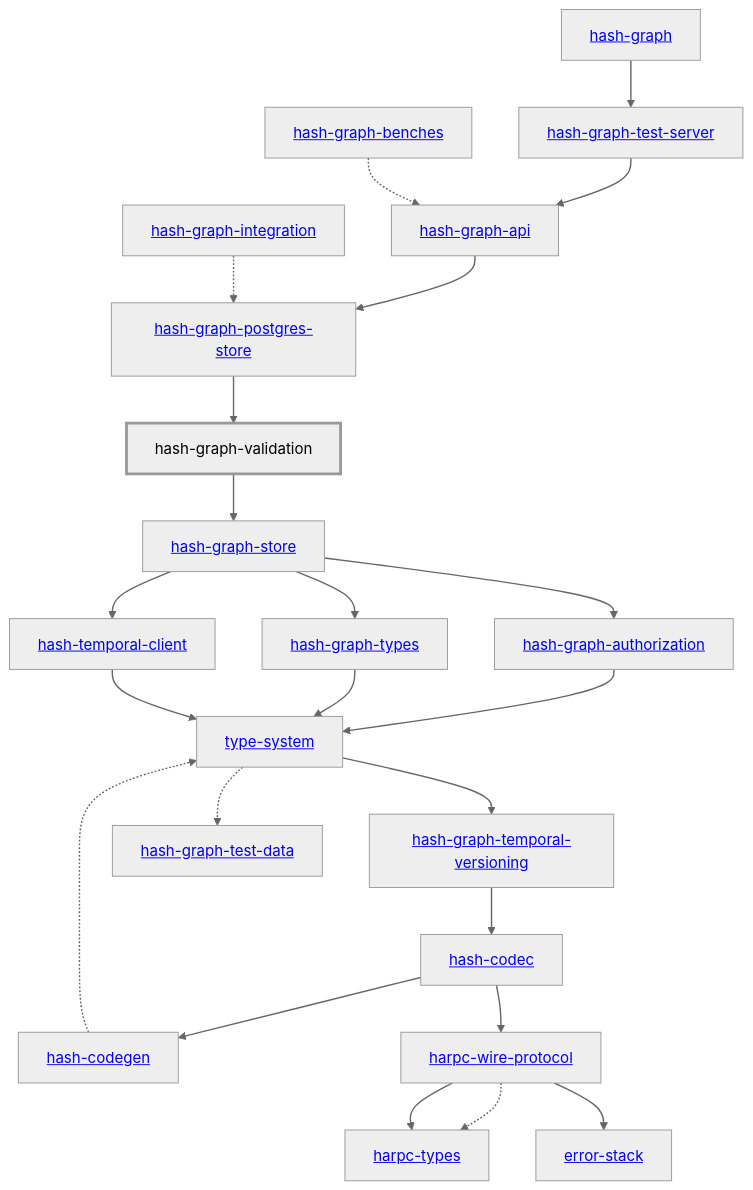
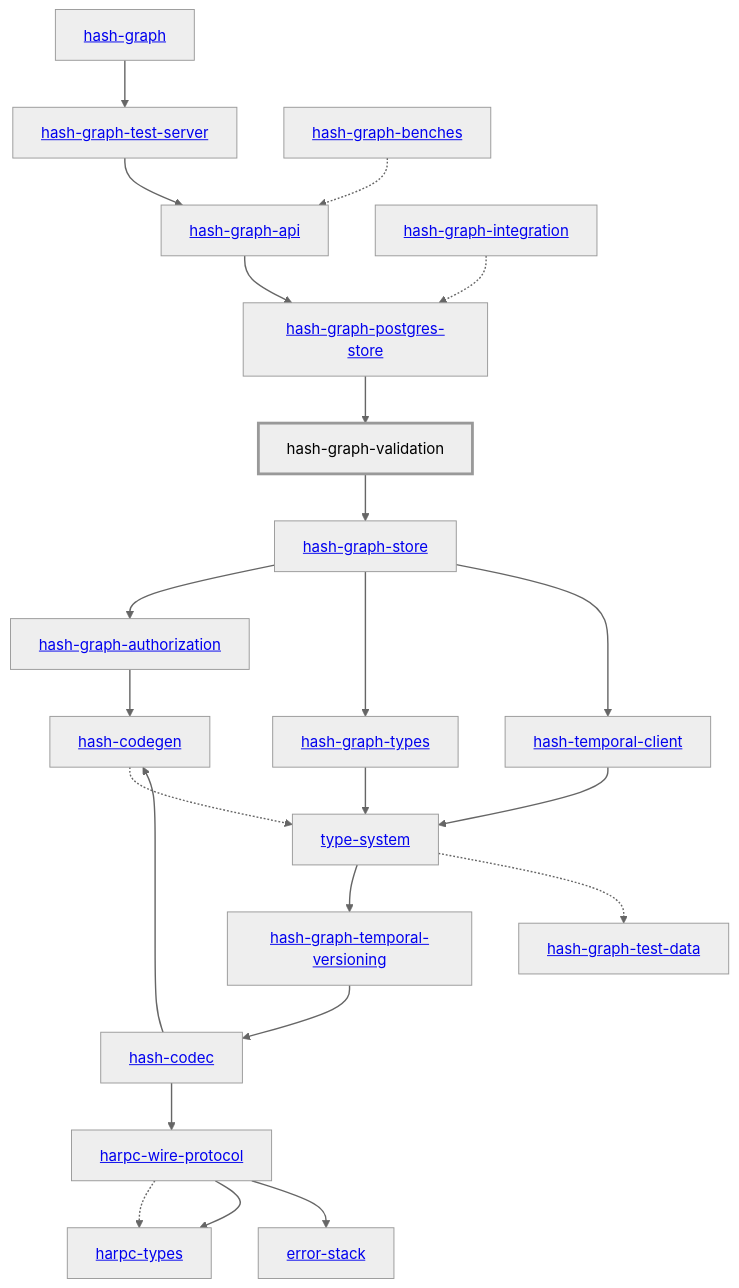
Before and after one commit to hashintel/hash: the diagram in libs/@local/graph/validation/docs/dependency-diagram.mmd, drawn with Mermaid (neutral theme). The commit also changed 69 other files, not shown here.

```diff
--- a/libs/@local/graph/validation/docs/dependency-diagram.mmd
+++ b/libs/@local/graph/validation/docs/dependency-diagram.mmd
@@ -1,52 +1,52 @@
 graph TD
     linkStyle default stroke-width:1.5px
     classDef default stroke-width:1px
     classDef root stroke-width:3px
     classDef dev stroke-width:1px
     classDef build stroke-width:1px
     %% Legend
     %% --> : Normal dependency
     %% -.-> : Dev dependency
     %% ---> : Build dependency
     0[<a href="../hash_graph">hash-graph</a>]
     1[<a href="../type_system">type-system</a>]
     2[<a href="../hash_codec">hash-codec</a>]
     3[<a href="../hash_codegen">hash-codegen</a>]
     4[<a href="../hash_graph_api">hash-graph-api</a>]
     5[<a href="../hash_graph_authorization">hash-graph-authorization</a>]
     6[<a href="../hash_graph_postgres_store">hash-graph-postgres-store</a>]
     7[<a href="../hash_graph_store">hash-graph-store</a>]
     8[<a href="../hash_graph_temporal_versioning">hash-graph-temporal-versioning</a>]
     9[<a href="../hash_graph_test_server">hash-graph-test-server</a>]
     10[<a href="../hash_graph_types">hash-graph-types</a>]
     11[hash-graph-validation]
     class 11 root
     12[<a href="../harpc_types">harpc-types</a>]
     13[<a href="../harpc_wire_protocol">harpc-wire-protocol</a>]
     14[<a href="../hash_temporal_client">hash-temporal-client</a>]
     15[<a href="../error_stack">error-stack</a>]
     16[<a href="../hash_graph_benches">hash-graph-benches</a>]
     17[<a href="../hash_graph_integration">hash-graph-integration</a>]
     18[<a href="../hash_graph_test_data">hash-graph-test-data</a>]
     0 --> 9
     1 --> 8
     1 -.-> 18
     2 --> 3
     2 --> 13
     3 -.-> 1
     4 --> 6
-    5 --> 1
+    5 --> 3
     6 --> 11
     7 --> 5
     7 --> 10
     7 --> 14
     8 --> 2
     9 --> 4
     10 --> 1
     11 --> 7
     13 -.-> 12
     13 --> 12
     13 --> 15
     14 --> 1
     16 -.-> 4
     17 -.-> 6
```
